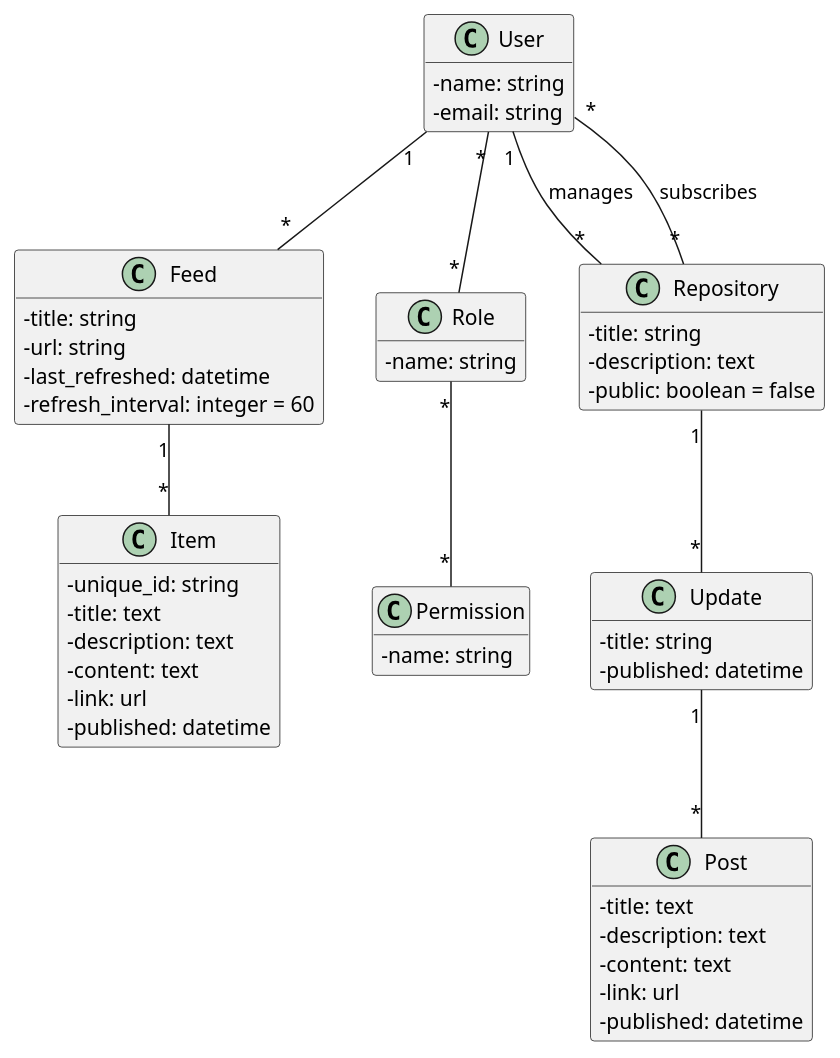
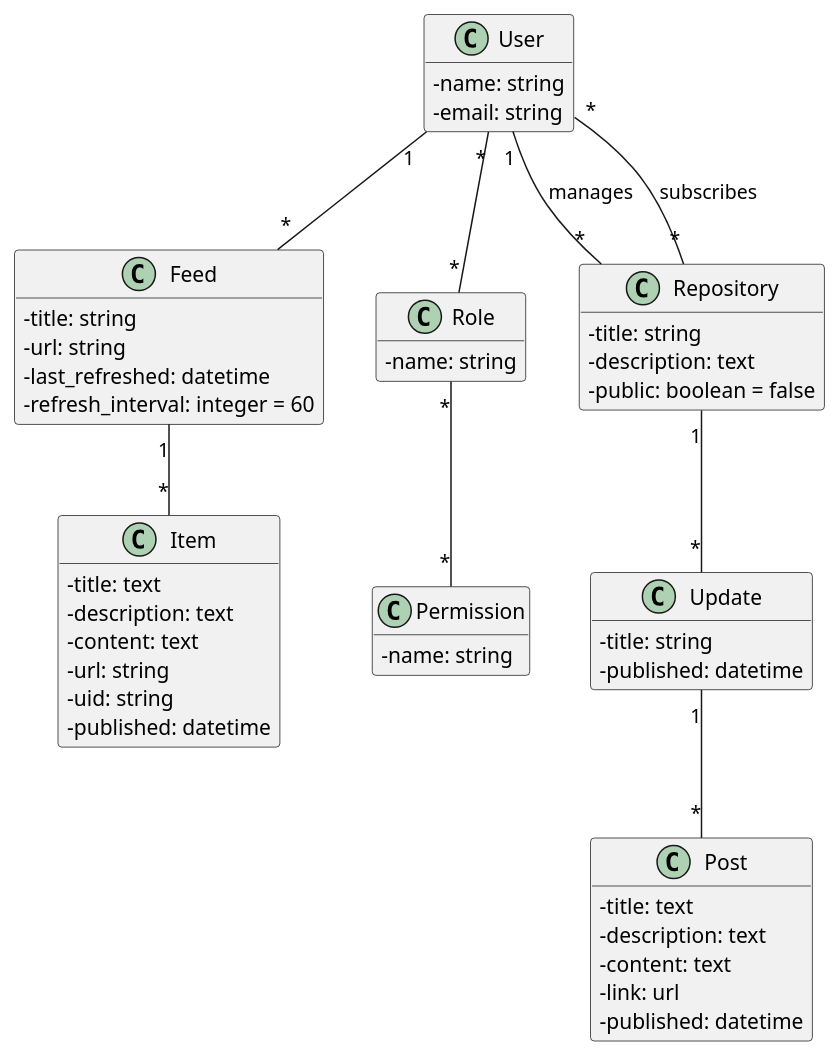
The diagram in docs/diagrama.puml (ijaureguialzo/kcm), drawn with PlantUML before and after one commit.

Commit message:
Diagrama actualizado

```diff
--- a/docs/diagrama.puml
+++ b/docs/diagrama.puml
@@ -1,65 +1,65 @@
 @startuml
 skinparam classAttributeIconSize 0
 hide empty members
 
 class Feed {
 - title: string
 - url: string
 - last_refreshed: datetime
 - refresh_interval: integer = 60
 }
 
 class Item {
-- unique_id: string
 - title: text
 - description: text
 - content: text
-- link: url
+- url: string
+- uid: string
 - published: datetime
 }
 
 Feed "1" -- "*" Item
 
 class User {
 - name: string
 - email: string
 }
 
 class Role {
 - name: string
 }
 
 class Permission {
 - name: string
 }
 
 User "1" -- "*" Feed
 User "*" -- "*" Role
 Role "*" -- "*" Permission
 
 class Repository {
 - title: string
 - description: text
 - public: boolean = false
 }
 
 class Update {
 - title: string
 - published: datetime
 }
 
 class Post {
 - title: text
 - description: text
 - content: text
 - link: url
 - published: datetime
 }
 
 User "1" -- "*" Repository : manages
 User "*" -- "*" Repository : subscribes
 Repository "1" -- "*" Update
 Update "1" -- "*" Post
 
 
 @enduml
```
